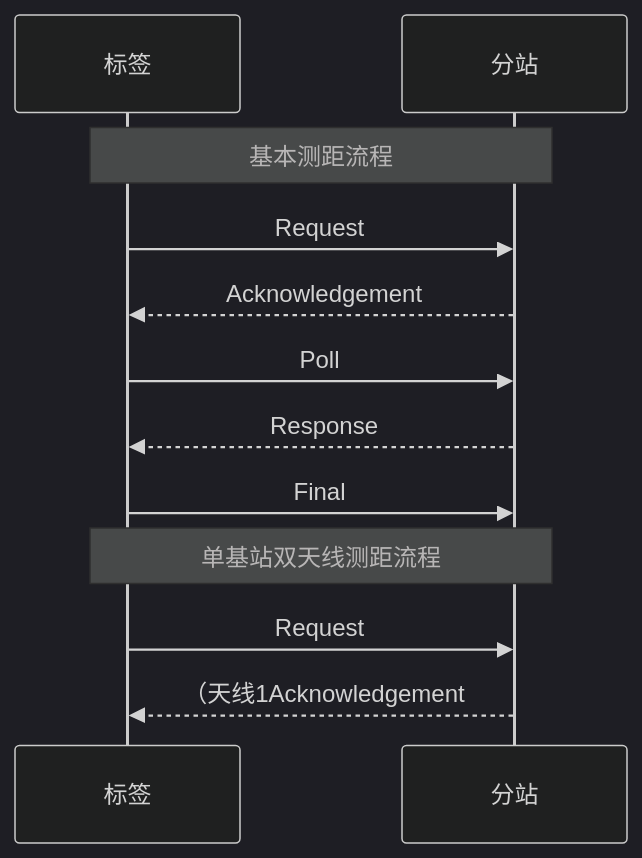
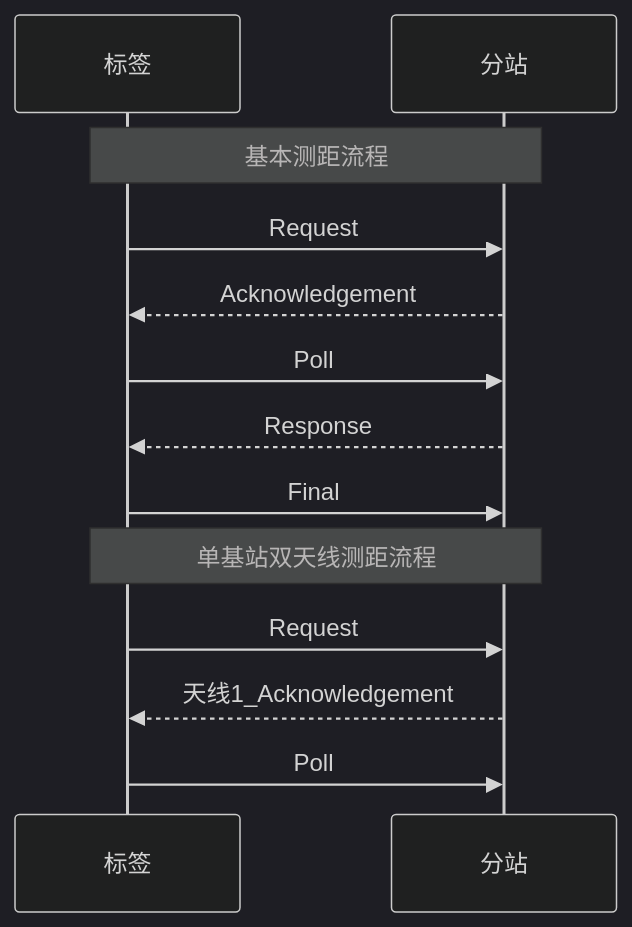
The diagram in all/未命名.md (geek-zhao/iodraw-files), drawn with Mermaid (dark theme) before and after one commit.

Commit message:
2024-08-17 14:05:57 update

````diff
--- a/all/未命名.md
+++ b/all/未命名.md
@@ -1,20 +1,20 @@
 ```mermaid
 sequenceDiagram
     participant tag as 标签
     participant anchor as 分站
 
     Note over tag,anchor: 基本测距流程
 
     tag->>anchor: Request
     anchor-->>tag: Acknowledgement
     tag->>anchor: Poll
     anchor-->>tag: Response
     tag->>anchor: Final       
 
     Note over tag,anchor: 单基站双天线测距流程
 
     tag->>anchor: Request
-    anchor-->>tag: （天线1Acknowledgement
-
+    anchor-->>tag: 天线1_Acknowledgement
+    tag->>anchor: Poll
 
 ```
````
